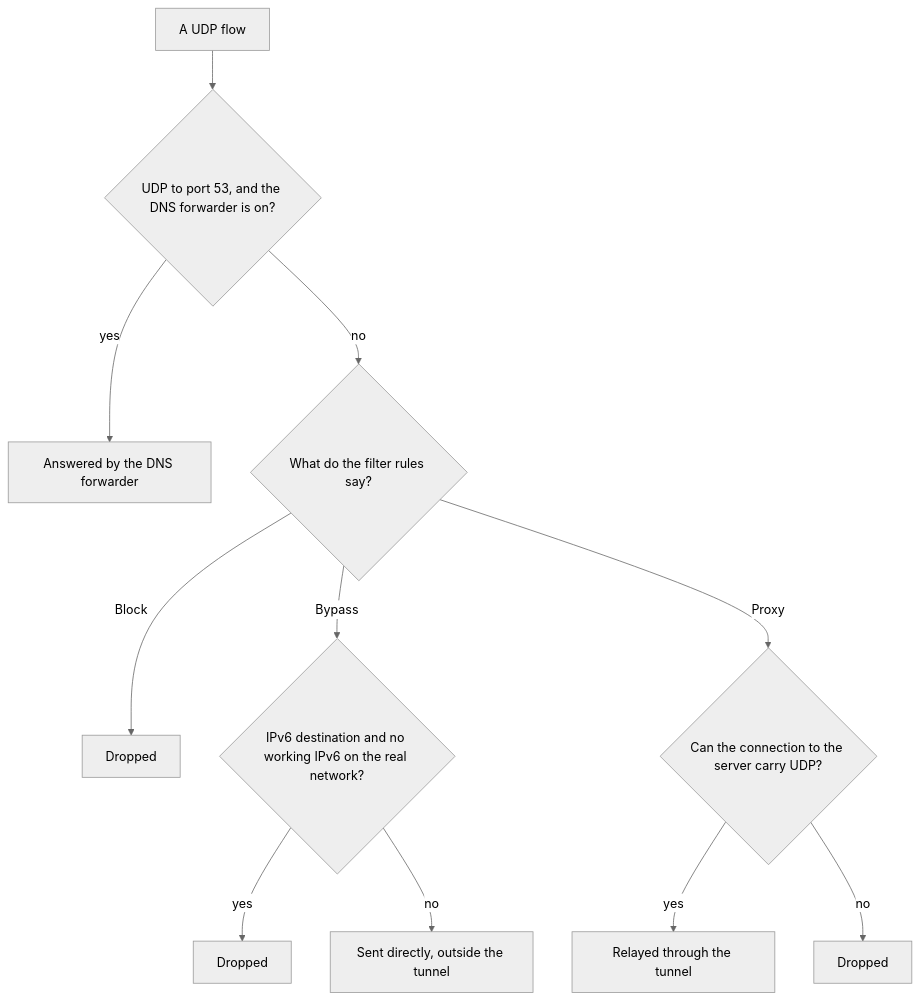
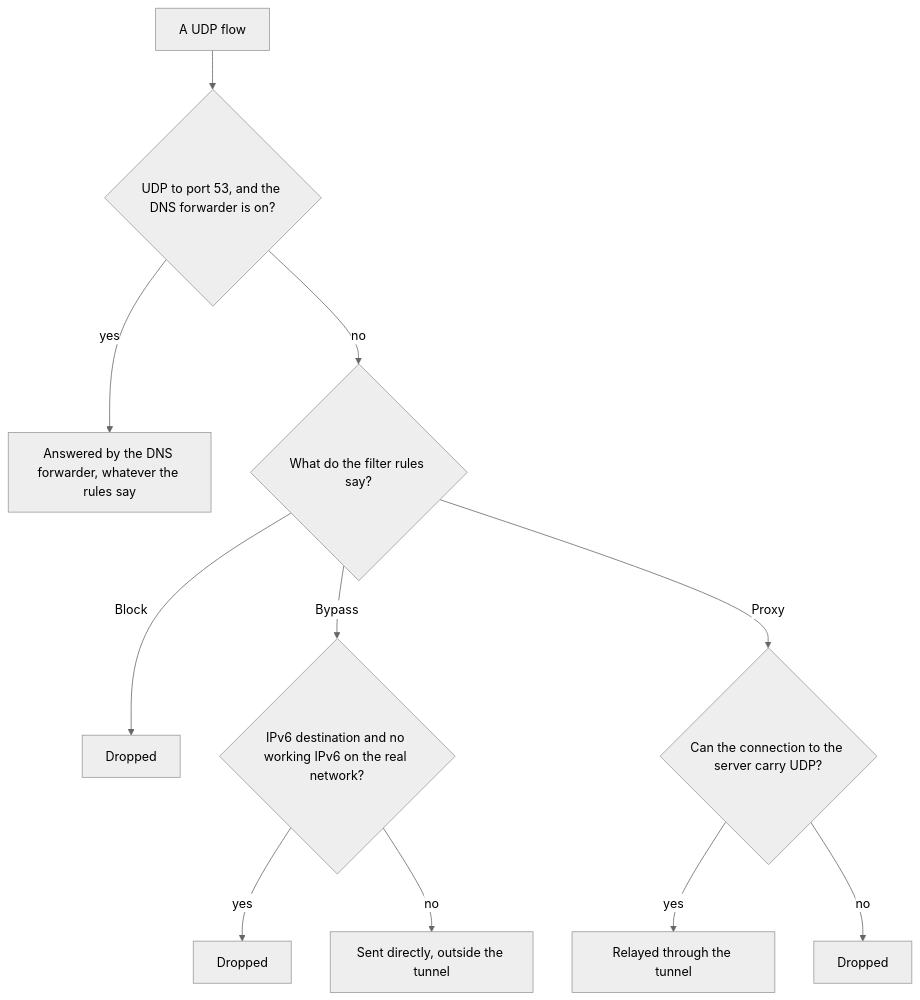
One commit to bindreams/hole changed the diagram in docs/how-it-works/udp.md. Above: the diagram before and after it, drawn with Mermaid (neutral theme). The commit also changed 4 other files, not shown here.

````diff
--- a/docs/how-it-works/udp.md
+++ b/docs/how-it-works/udp.md
@@ -15,13 +15,13 @@
 ```{mermaid}
 flowchart TD
     udp["A UDP flow"] --> dns{"UDP to port 53, and the DNS forwarder is on?"}
-    dns -- "yes" --> fwd["Answered by the DNS forwarder"]
+    dns -- "yes" --> fwd["Answered by the DNS forwarder, whatever the rules say"]
     dns -- "no" --> action{"What do the filter rules say?"}
     action -- "Block" --> d1["Dropped"]
     action -- "Bypass" --> v6{"IPv6 destination and no working IPv6 on the real network?"}
     v6 -- "yes" --> d2["Dropped"]
     v6 -- "no" --> direct["Sent directly, outside the tunnel"]
     action -- "Proxy" --> cap{"Can the connection to the server carry UDP?"}
     cap -- "yes" --> relay["Relayed through the tunnel"]
     cap -- "no" --> d3["Dropped"]
 ```
````
